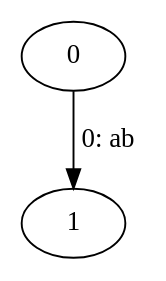
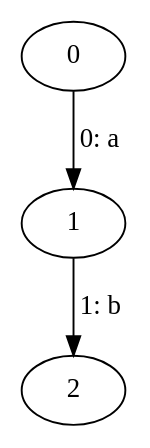
The diagram in partial_block_partial.dot (mohe2015/zero-cost-templating), drawn with Graphviz before and after one commit. The commit also changed 3 other files, not shown here.

```diff
--- a/partial_block_partial.dot
+++ b/partial_block_partial.dot
@@ -1,5 +1,7 @@
 digraph {
     0 [ label = "0" ]
     1 [ label = "1" ]
-    0 -> 1 [ label = "0: ab" ]
+    2 [ label = "2" ]
+    0 -> 1 [ label = "0: a" ]
+    1 -> 2 [ label = "1: b" ]
 }
```
